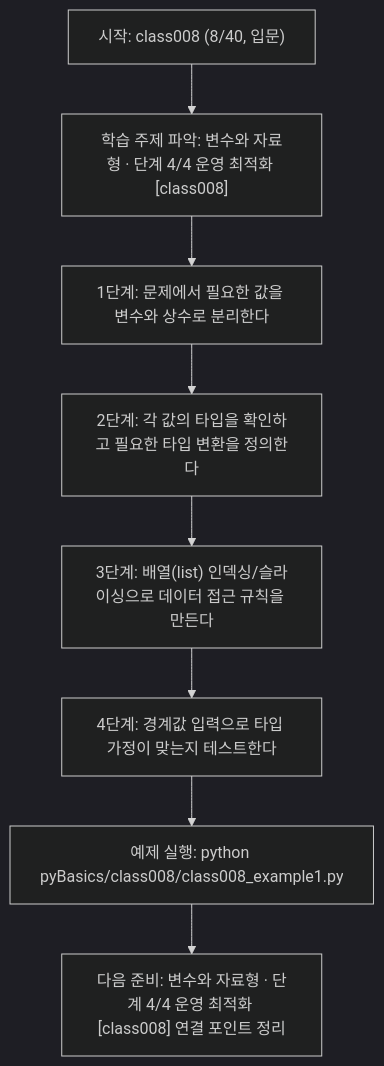
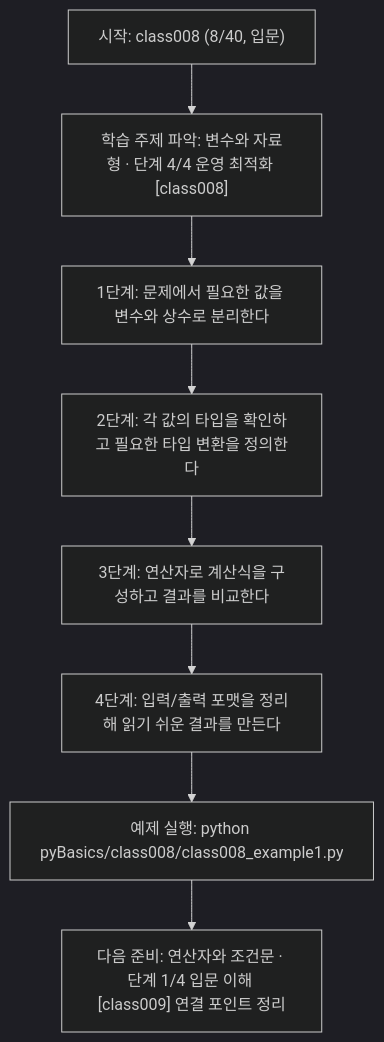
One commit to edumgt/Python-AI_Agent-Class changed the diagram in pyBasics/class008/class008.md. Above: the diagram before and after it, drawn with Mermaid (dark theme). The commit also changed other lines of this file and 2370 other files, not shown here.

````diff
--- a/pyBasics/class008/class008.md
+++ b/pyBasics/class008/class008.md
@@ -109,18 +91,18 @@
 ```mermaid
 flowchart TD
 N1["시작: class008 (8/40, 입문)"]
 N2["학습 주제 파악: 변수와 자료형 · 단계 4/4 운영 최적화 [class008]"]
 N3["1단계: 문제에서 필요한 값을 변수와 상수로 분리한다"]
 N4["2단계: 각 값의 타입을 확인하고 필요한 타입 변환을 정의한다"]
-N5["3단계: 배열(list) 인덱싱/슬라이싱으로 데이터 접근 규칙을 만든다"]
-N6["4단계: 경계값 입력으로 타입 가정이 맞는지 테스트한다"]
+N5["3단계: 연산자로 계산식을 구성하고 결과를 비교한다"]
+N6["4단계: 입력/출력 포맷을 정리해 읽기 쉬운 결과를 만든다"]
 N7["예제 실행: python pyBasics/class008/class008_example1.py"]
-N8["다음 준비: 변수와 자료형 · 단계 4/4 운영 최적화 [class008] 연결 포인트 정리"]
+N8["다음 준비: 연산자와 조건문 · 단계 1/4 입문 이해 [class009] 연결 포인트 정리"]
 N1 --> N2
 N2 --> N3
 N3 --> N4
 N4 --> N5
 N5 --> N6
 N6 --> N7
 N7 --> N8
 ```
````
